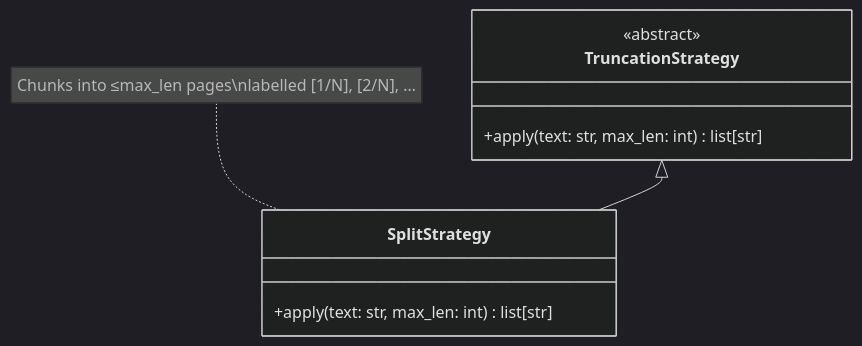
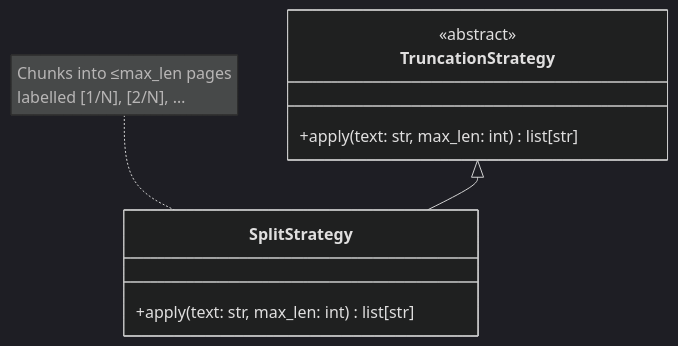
The second of 2 diagrams in Documentation/Architecture/010_engineering_principles_and_constraints.md (user538295/archon-assistant), drawn with Mermaid (dark theme) before and after one commit. The commit also changed other lines of this file and 9 other files, not shown here.

Commit message:
docs(architecture): use <br/> for mermaid multiline labels

````diff
--- a/Documentation/Architecture/010_engineering_principles_and_constraints.md
+++ b/Documentation/Architecture/010_engineering_principles_and_constraints.md
@@ -190,12 +190,12 @@
 ```mermaid
 classDiagram
     class TruncationStrategy {
         <<abstract>>
         +apply(text: str, max_len: int) list[str]
     }
     class SplitStrategy {
         +apply(text: str, max_len: int) list[str]
     }
     TruncationStrategy <|-- SplitStrategy
-    note for SplitStrategy "Chunks into ≤max_len pages\nlabelled [1/N], [2/N], …"
+    note for SplitStrategy "Chunks into ≤max_len pages<br/>labelled [1/N], [2/N], …"
 ```
````
